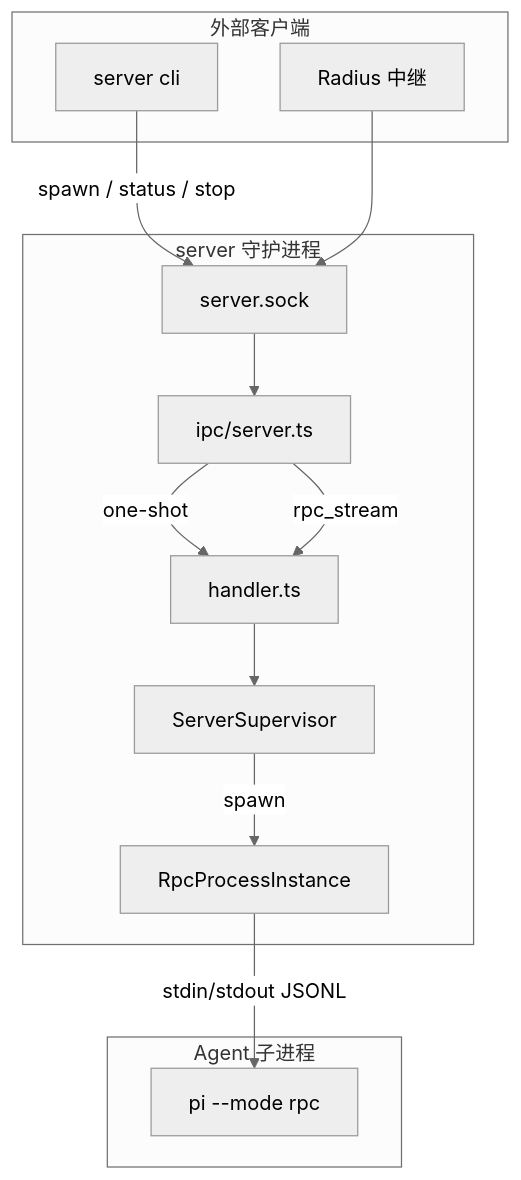
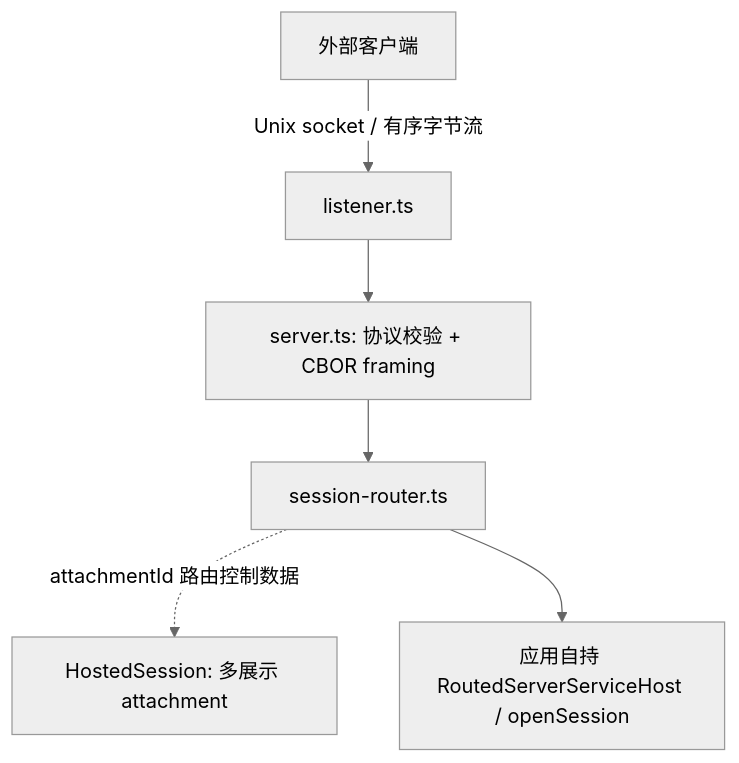
Before and after one commit to jefby/pi: the seventh of 7 diagrams in docs/architecture.md, drawn with Mermaid (neutral theme). The commit also changed other lines of this file and 1 other file, not shown here.

First line of the commit message:
docs: align architecture.md and qnx8 doc with upstream 5fd446ca1 (v0.87.1)

````diff
--- a/docs/architecture.md
+++ b/docs/architecture.md
@@ -654,28 +687,8 @@
 ```mermaid
 flowchart TB
-    subgraph Client["外部客户端"]
-        Cli[server cli]
-        Radius[Radius 中继]
-    end
-
-    subgraph Daemon["server 守护进程"]
-        Socket[server.sock]
-        Server[ipc/server.ts]
-        Handler[handler.ts]
-        Supervisor[ServerSupervisor]
-        RpcProcess[RpcProcessInstance]
-    end
-
-    subgraph AgentProc["Agent 子进程"]
-        CodingAgentRpc[pi --mode rpc]
-    end
-
-    Cli -->|spawn / status / stop| Socket
-    Radius --> Socket
-    Socket --> Server
-    Server -->|one-shot| Handler
-    Server -->|rpc_stream| Handler
-    Handler --> Supervisor
-    Supervisor -->|spawn| RpcProcess
-    RpcProcess -->|stdin/stdout JSONL| CodingAgentRpc
+    Client[外部客户端] -->|Unix socket / 有序字节流| Listener[listener.ts]
+    Listener --> Server[server.ts: 协议校验 + CBOR framing]
+    Server --> Router[session-router.ts]
+    Router -.->|attachmentId 路由控制数据| HostedSession[HostedSession: 多展示 attachment]
+    Router --> AppHost[应用自持 RoutedServerServiceHost / openSession]
 ```
````
